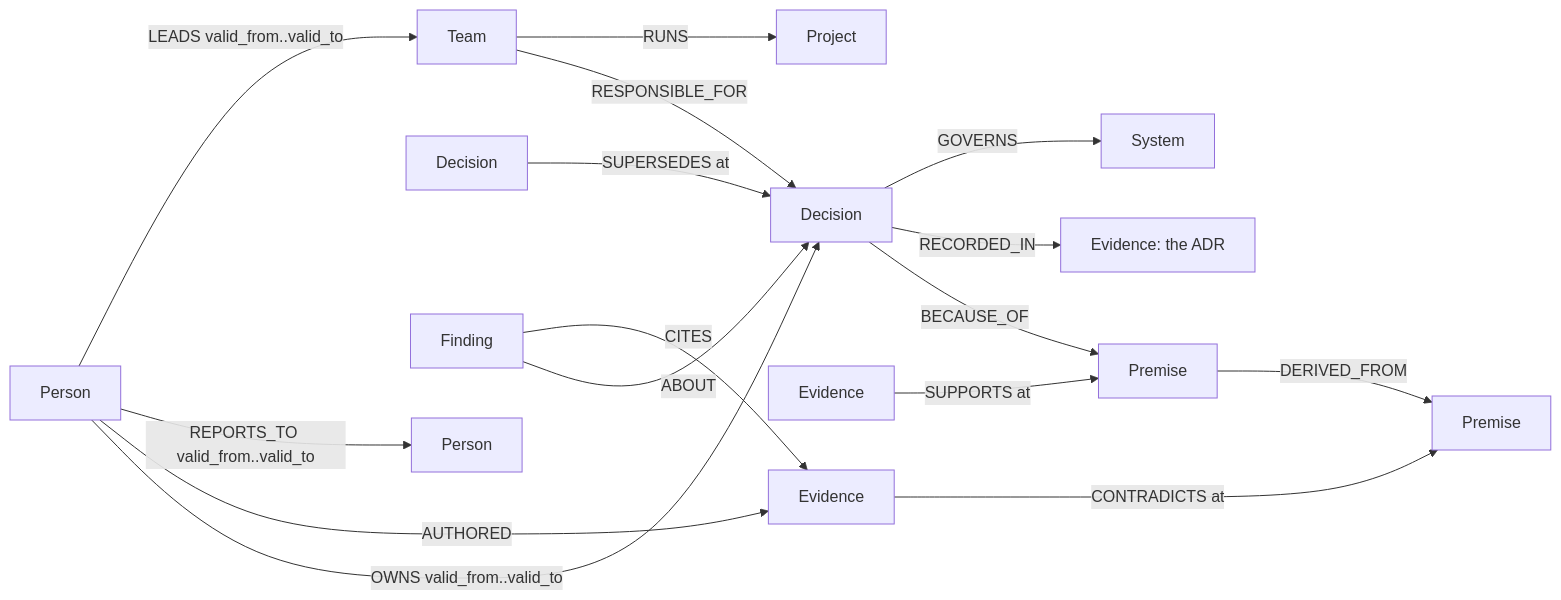
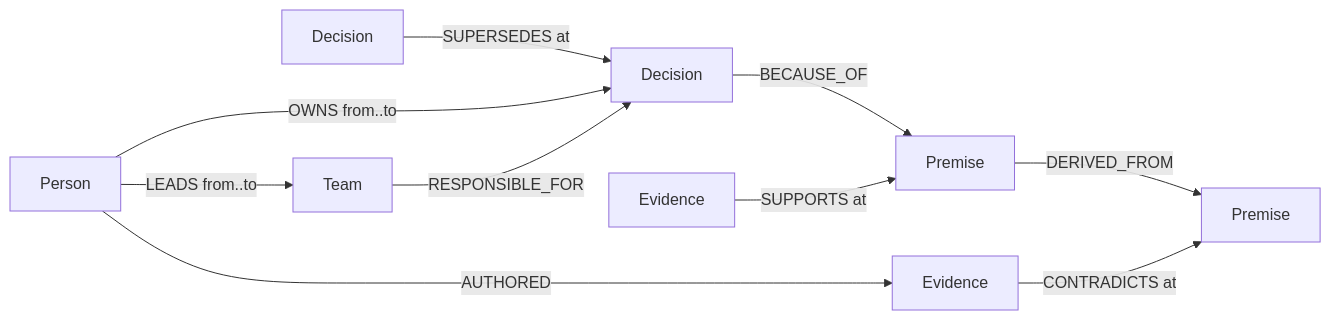
One commit to danielAsaboro/moot changed the diagram in README.md. Above: the diagram before and after it, drawn with Mermaid. The commit also changed other lines of this file and 3 other files, not shown here.

````diff
--- a/README.md
+++ b/README.md
@@ -122,18 +47,12 @@
 ```mermaid
 graph LR
   D[Decision] -->|BECAUSE_OF| P[Premise]
   P -->|DERIVED_FROM| P2[Premise]
   E[Evidence] -->|CONTRADICTS at| P2
   E2[Evidence] -->|SUPPORTS at| P
-  D -->|RECORDED_IN| E3[Evidence: the ADR]
-  Per[Person] -->|OWNS valid_from..valid_to| D
+  D2[Decision] -->|SUPERSEDES at| D
+  Per[Person] -->|OWNS from..to| D
   Per -->|AUTHORED| E
-  Per -->|REPORTS_TO valid_from..valid_to| M[Person]
-  D -->|GOVERNS| S[System]
-  D2[Decision] -->|SUPERSEDES at| D
-  F[Finding] -->|ABOUT| D
-  F -->|CITES| E
-  T[Team] -->|RESPONSIBLE_FOR| D
-  Per -->|LEADS valid_from..valid_to| T
-  T -->|RUNS| Pj[Project]
+  Per -->|LEADS from..to| T[Team]
+  T -->|RESPONSIBLE_FOR| D
 ```
````
